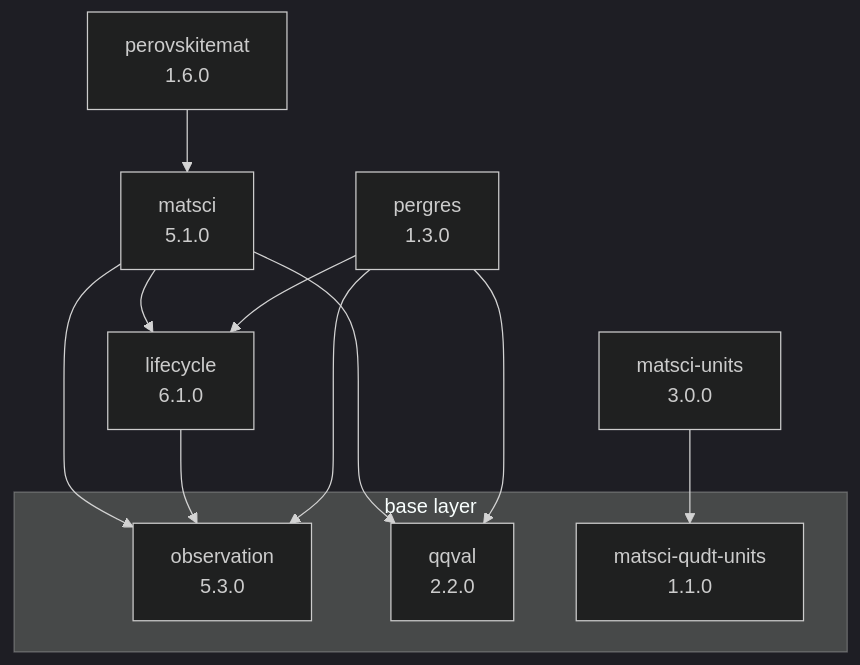
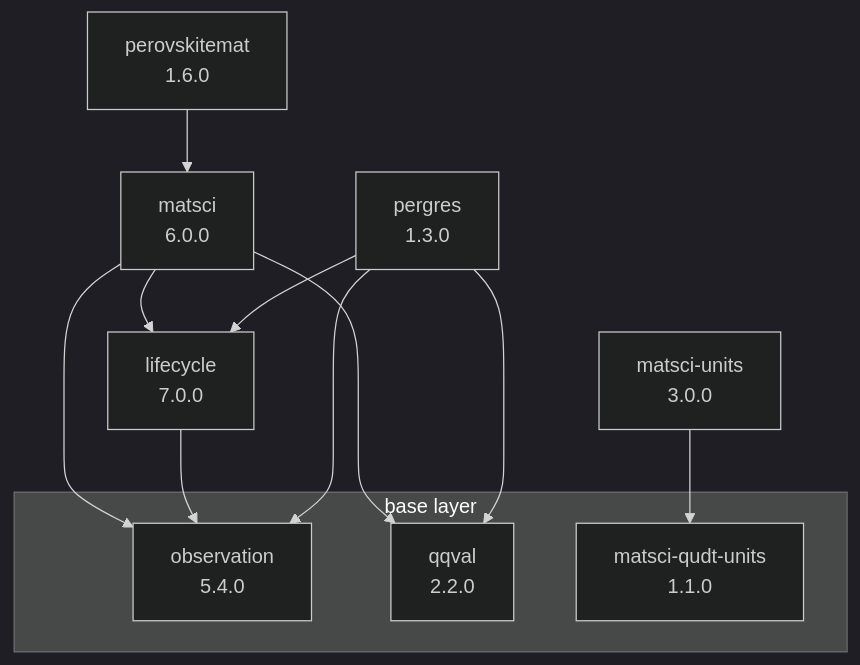
The diagram in README.md (NAS-Lund/matsci-perovskite-ontologies), drawn with Mermaid (dark theme) before and after one commit. The commit also changed other lines of this file and 10 other files, not shown here.

````diff
--- a/README.md
+++ b/README.md
@@ -15,24 +15,24 @@
 ```mermaid
 graph TD
     perov["perovskitemat<br/>1.6.0"]
-    matsci["matsci<br/>5.1.0"]
+    matsci["matsci<br/>6.0.0"]
     pergres["pergres<br/>1.3.0"]
-    life["lifecycle<br/>6.1.0"]
+    life["lifecycle<br/>7.0.0"]
     units["matsci-units<br/>3.0.0"]
 
     subgraph base["base layer"]
-        obs["observation<br/>5.3.0"]
+        obs["observation<br/>5.4.0"]
         qqval["qqval<br/>2.2.0"]
         qudtunits["matsci-qudt-units<br/>1.1.0"]
     end
 
     perov --> matsci
     matsci --> life
     matsci --> obs
     matsci --> qqval
     life --> obs
     pergres --> life
     pergres --> obs
     pergres --> qqval
     units --> qudtunits
 ```
````
